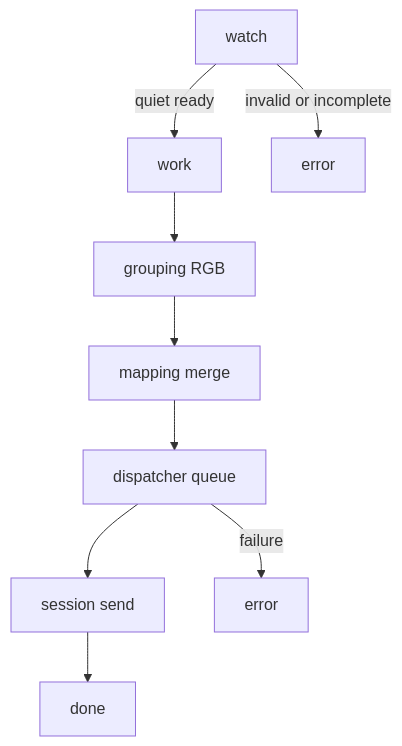
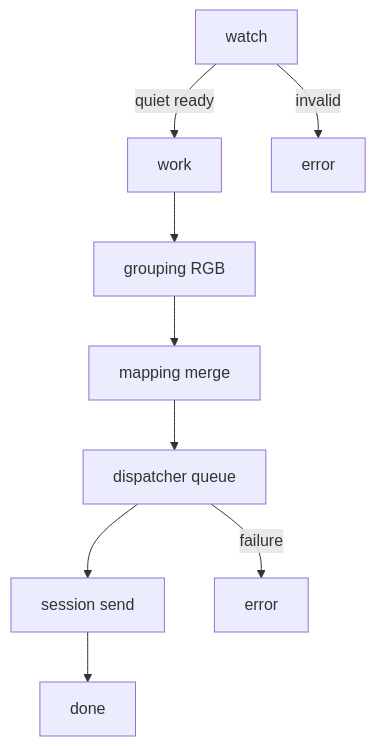
The first of 3 diagrams in README.md (yaoqih/material_identification_upper_computer), drawn with Mermaid before and after one commit. The commit also changed other lines of this file and 3 other files, not shown here.

````diff
--- a/README.md
+++ b/README.md
@@ -19,7 +19,7 @@
 ```mermaid
 graph TD
     W[watch] -->|quiet ready| WK[work]
-    W -->|invalid or incomplete| ER[error]
+    W -->|invalid| ER[error]
     WK --> G[grouping RGB] --> M[mapping merge] --> D[dispatcher queue] --> S[session send] --> DN[done]
     D -->|failure| ER2[error]
 ```
````
